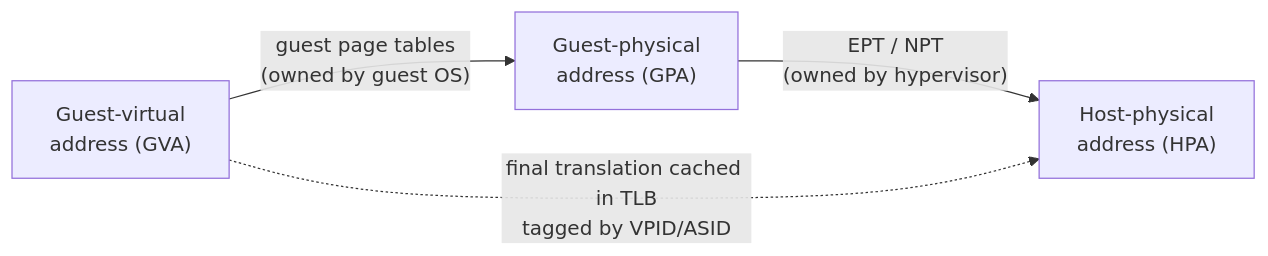
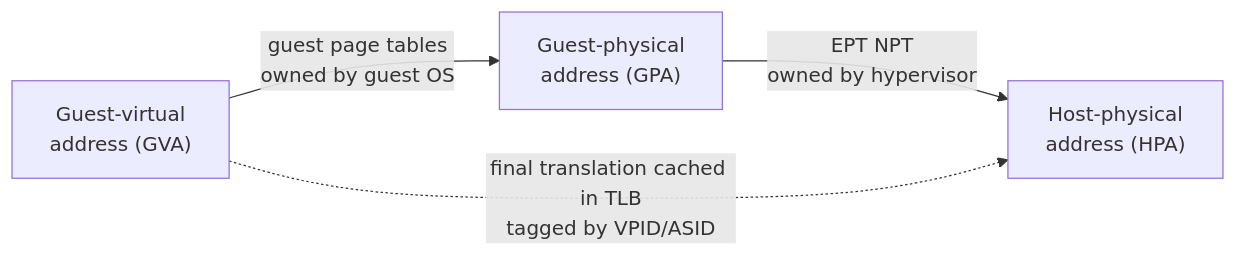
Before and after one commit to bumbsclaw/textbooks: the third of 7 diagrams in vol-01-computer-architecture/ch10-hardware-virtualization.md, drawn with Mermaid. The commit also changed other lines of this file and 173 other files, not shown here.

First line of the commit message:
fix(mermaid): close note brackets, semicolons in Notes, stateDiagram br -> dash, edge parens

````diff
--- a/vol-01-computer-architecture/ch10-hardware-virtualization.md
+++ b/vol-01-computer-architecture/ch10-hardware-virtualization.md
@@ -268,6 +268,6 @@
 ```mermaid
 flowchart LR
-    GVA["Guest-virtual<br/>address (GVA)"] -->|"guest page tables<br/>(owned by guest OS)"| GPA["Guest-physical<br/>address (GPA)"]
-    GPA -->|"EPT / NPT<br/>(owned by hypervisor)"| HPA["Host-physical<br/>address (HPA)"]
+    GVA["Guest-virtual<br/>address (GVA)"] -->|"guest page tables<br > owned by guest OS "| GPA["Guest-physical<br/>address (GPA)"]
+    GPA -->|"EPT NPT<br > owned by hypervisor "| HPA["Host-physical<br/>address (HPA)"]
     GVA -. "final translation cached in TLB<br/>tagged by VPID/ASID" .-> HPA
 ```
````
